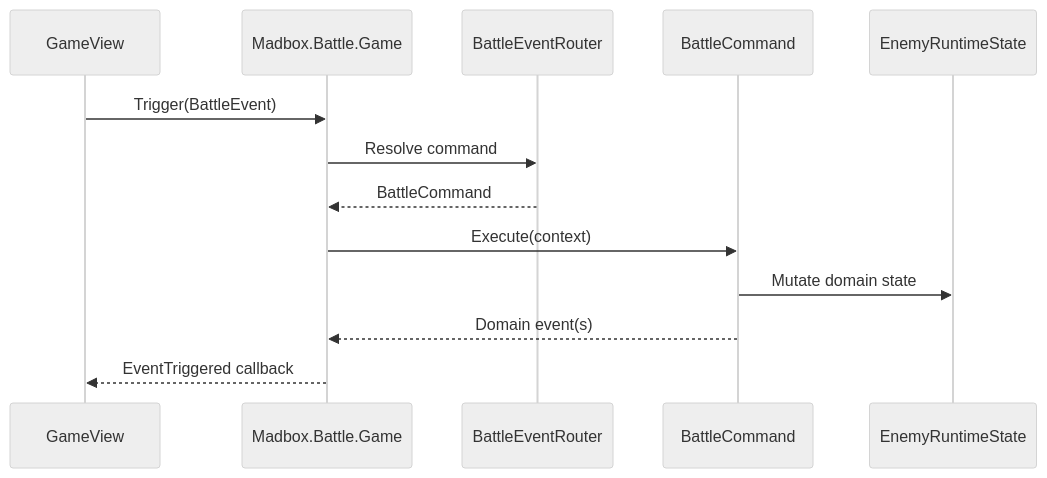
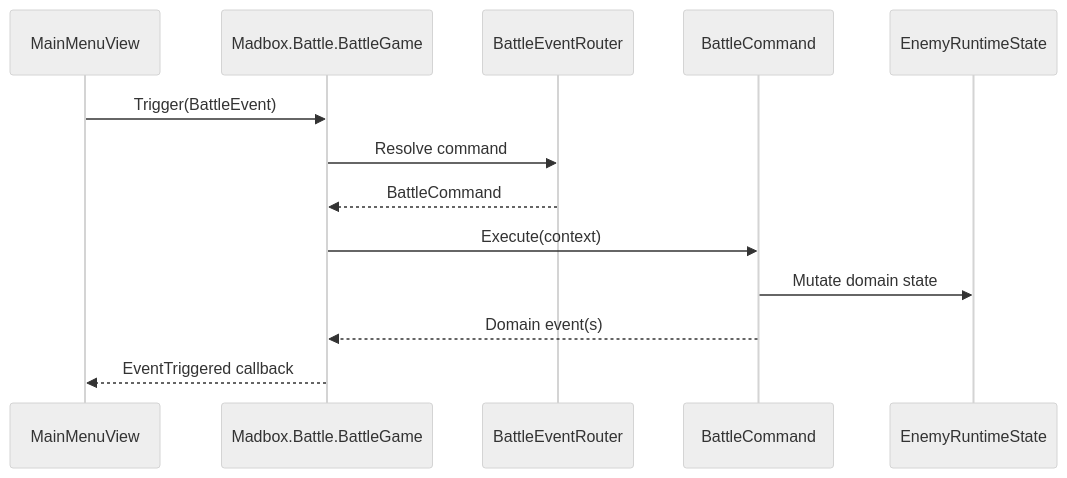
One commit to MgCohen/Madbox changed the fourth of 5 diagrams in Architecture.md. Above: the diagram before and after it, drawn with Mermaid (neutral theme). The commit also changed other lines of this file and 689 other files, not shown here.

First line of the commit message:
Refactor battle loop, bootstrap layers, and LiveOps game-module plumbing.

````diff
--- a/Architecture.md
+++ b/Architecture.md
@@ -155,16 +156,16 @@
 ```mermaid
 sequenceDiagram
-    participant View as GameView
-    participant Game as Madbox.Battle.Game
+    participant View as MainMenuView
+    participant Game as Madbox.Battle.BattleGame
     participant Router as BattleEventRouter
     participant Cmd as BattleCommand
     participant Enemy as EnemyRuntimeState
 
     View->>Game: Trigger(BattleEvent)
     Game->>Router: Resolve command
     Router-->>Game: BattleCommand
     Game->>Cmd: Execute(context)
     Cmd->>Enemy: Mutate domain state
     Cmd-->>Game: Domain event(s)
     Game-->>View: EventTriggered callback
 ```
````
